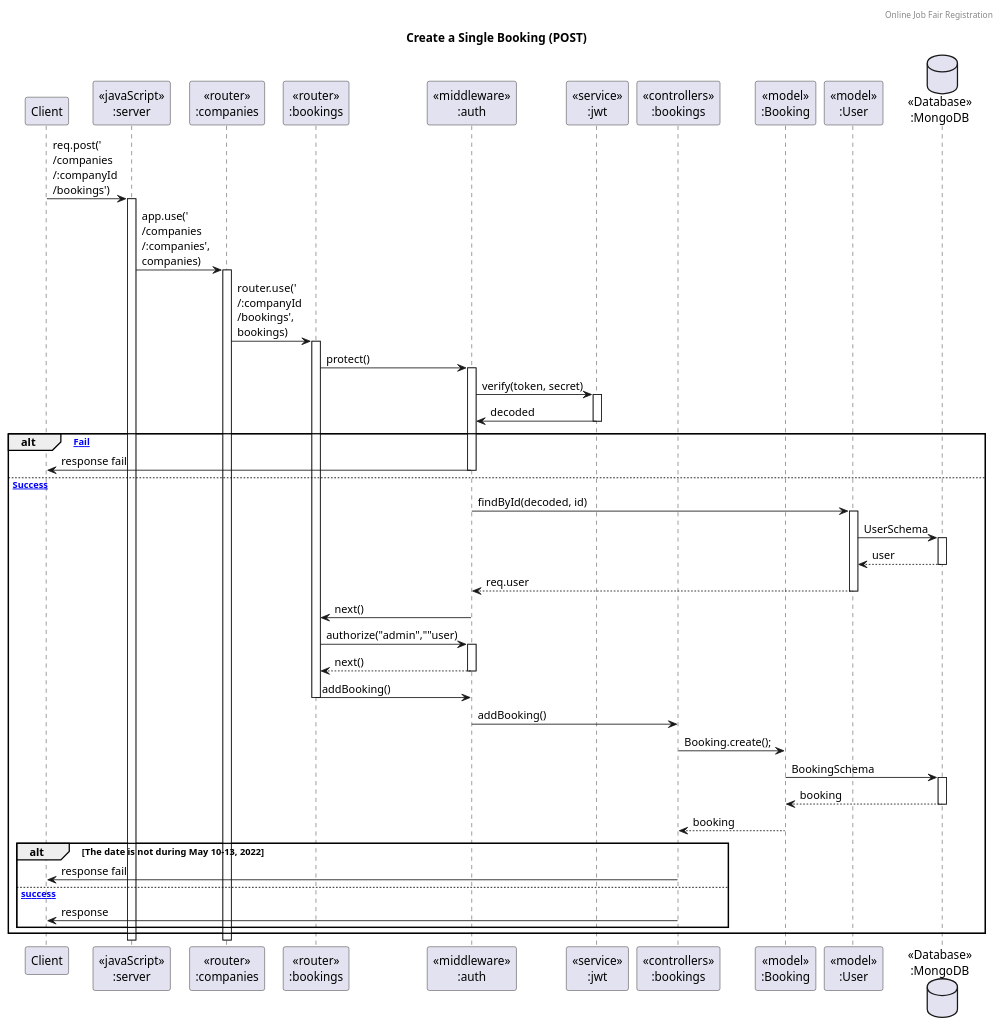
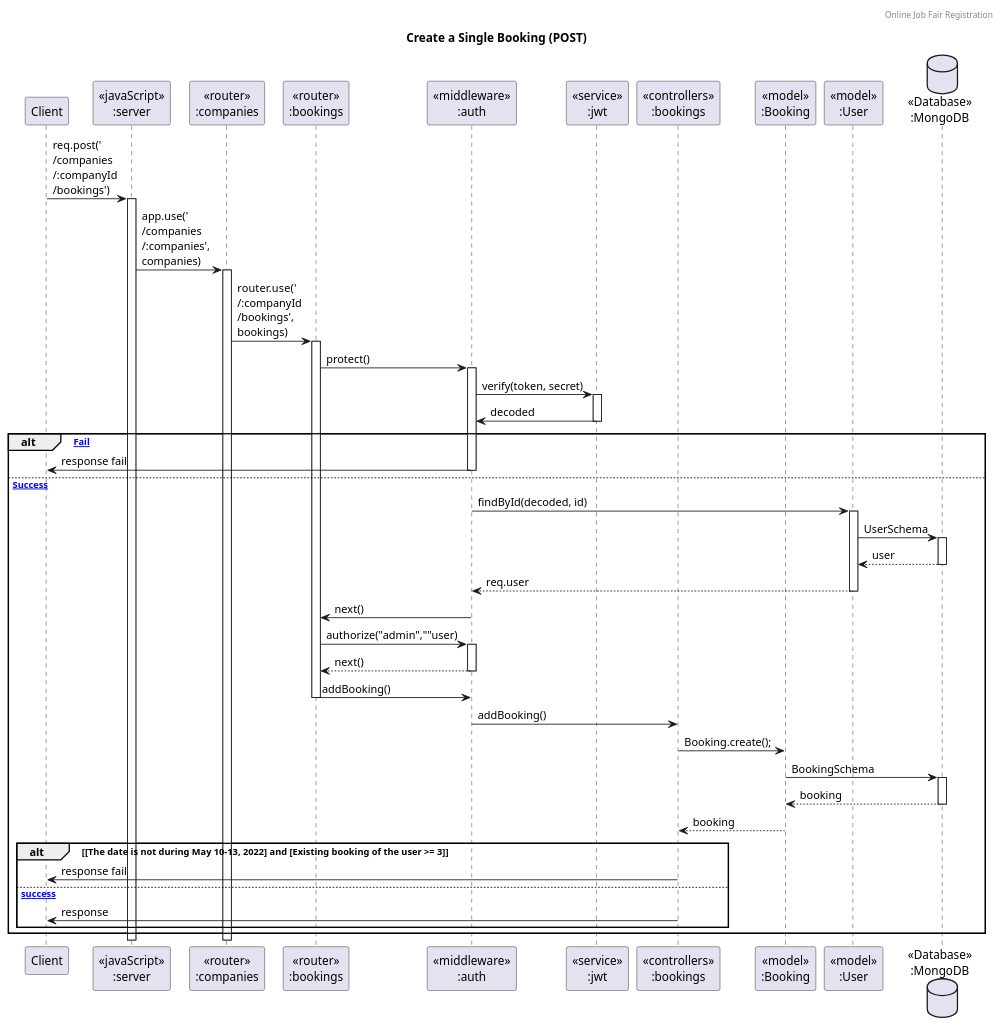
Before and after one commit to Bhuribhat/Online-Job-Fair-Registration: the diagram in assets/UML/SequenceDiagram/Booking/create.puml, drawn with PlantUML. The commit also changed 1 other file, not shown here.

Commit message:
update: Create booking diagram

```diff
--- a/assets/UML/SequenceDiagram/Booking/create.puml
+++ b/assets/UML/SequenceDiagram/Booking/create.puml
@@ -1,50 +1,50 @@
 @startuml Manage Booking (POST)
 
 header Online Job Fair Registration
 title "Create a Single Booking (POST)"
 
 participant "Client" as client
 participant "<<javaScript>>\n:server" as server
 participant "<<router>>\n:companies" as routerCompanies
 participant "<<router>>\n:bookings" as routerBookings
 participant "<<middleware>>\n:auth" as auth
 participant "<<service>>\n:jwt" as jwt
 participant "<<controllers>>\n:bookings" as controllersBookings
 participant "<<model>>\n:Booking" as modelBooking
 participant "<<model>>\n:User" as modelUser
 database "<<Database>>\n:MongoDB" as DatabaseSchema
 
 client->server ++:req.post('\n/companies\n/:companyId\n/bookings')
 server->routerCompanies ++:app.use('\n/companies\n/:companies', \ncompanies)
 routerCompanies->routerBookings ++:router.use('\n/:companyId\n/bookings', \nbookings)
 routerBookings -> auth ++:protect()
 auth -> jwt ++:verify(token, secret)
 auth <- jwt --:decoded
 
 alt [Fail]
     client <- auth --:response fail
 else [Success]
     auth -> modelUser ++:findById(decoded, id)
     modelUser -> DatabaseSchema ++:UserSchema
     modelUser <-- DatabaseSchema --:user
     auth <-- modelUser --:req.user
     routerBookings <- auth --:next()
 
     routerBookings -> auth ++:authorize("admin",""user)
     routerBookings <-- auth --:next()
 
     routerBookings -> auth --:addBooking()
     auth -> controllersBookings --:addBooking()
     controllersBookings->modelBooking --:Booking.create();
     modelBooking ->DatabaseSchema ++: BookingSchema
     DatabaseSchema --> modelBooking --: booking
     controllersBookings <-- modelBooking :booking
 
-    alt The date is not during May 10-13, 2022
+    alt [The date is not during May 10-13, 2022] and [Existing booking of the user >= 3]
         controllersBookings->client --:response fail
     else [success]
         controllersBookings->client --:response
     end
 end
 
 @enduml
```
